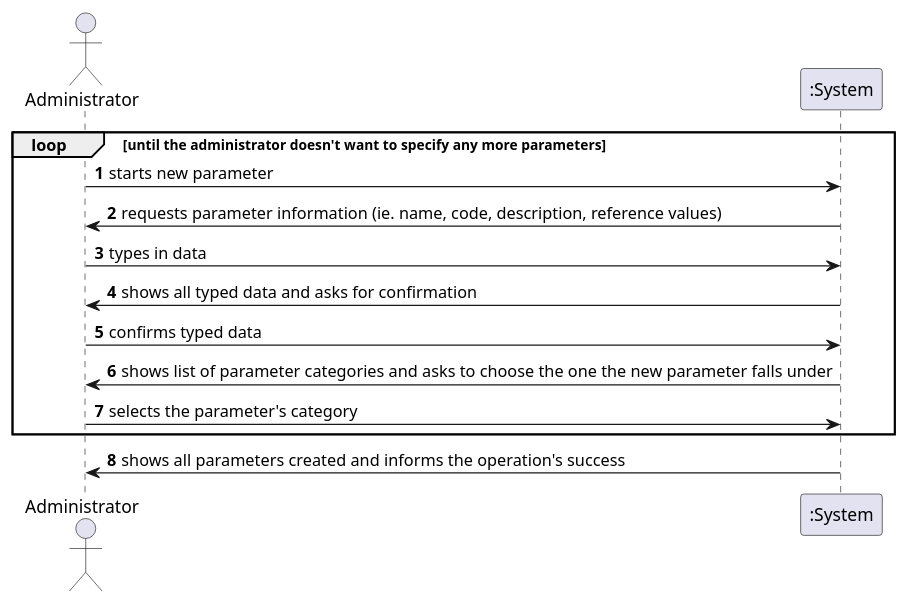
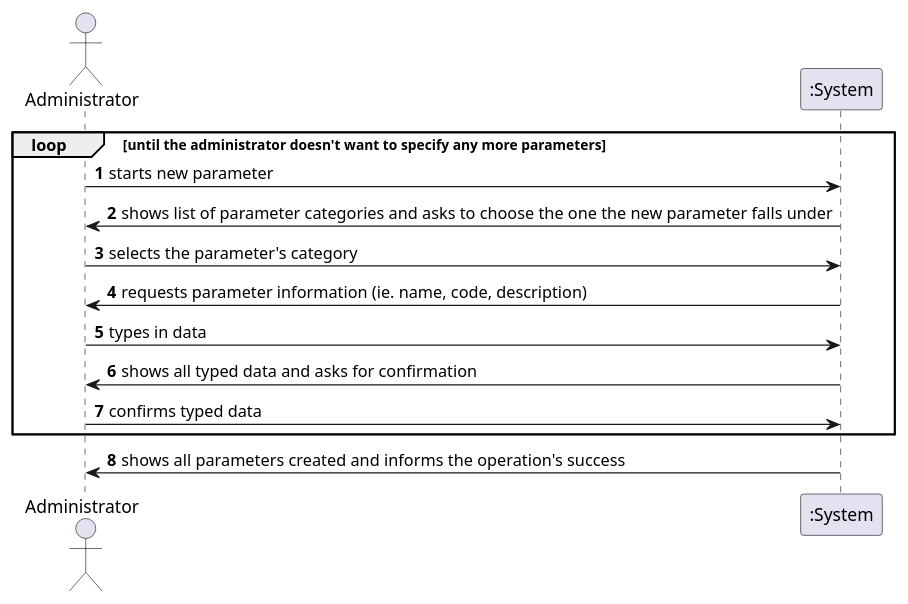
One commit to MadDinosaur/ISEP-LAPR2 changed the diagram in docs/SprintB/US10/US10_SSD.puml. Above: the diagram before and after it, drawn with PlantUML. The commit also changed 11 other files, not shown here.

Commit message:
Altered SSD, SD, CD and CreateNewParameterController, Category, Company, Parameter and CreateNewParameterUI

```diff
--- a/docs/SprintB/US10/US10_SSD.puml
+++ b/docs/SprintB/US10/US10_SSD.puml
@@ -1,18 +1,18 @@
 @startuml
 
 autonumber
 
 actor Administrator
 
 loop until the administrator doesn't want to specify any more parameters
 Administrator -> ":System": starts new parameter
-":System" -> Administrator: requests parameter information (ie. name, code, description, reference values)
+":System" -> Administrator: shows list of parameter categories and asks to choose the one the new parameter falls under
+Administrator -> ":System": selects the parameter's category
+":System" -> Administrator: requests parameter information (ie. name, code, description)
 Administrator -> ":System": types in data
 ":System" -> Administrator: shows all typed data and asks for confirmation
 Administrator -> ":System": confirms typed data
-":System" -> Administrator: shows list of parameter categories and asks to choose the one the new parameter falls under
-Administrator -> ":System": selects the parameter's category
 end loop
 ":System" -> Administrator: shows all parameters created and informs the operation's success
 
 @enduml
```
